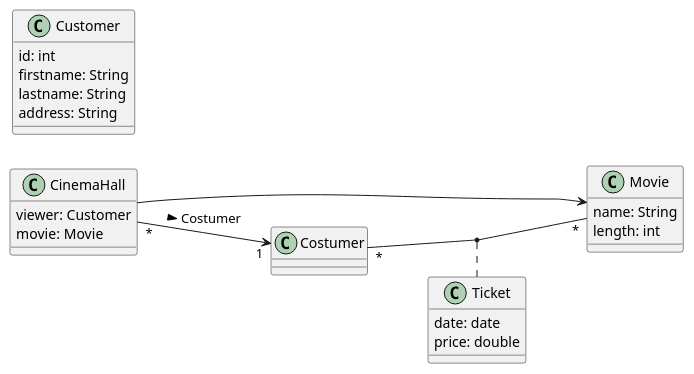
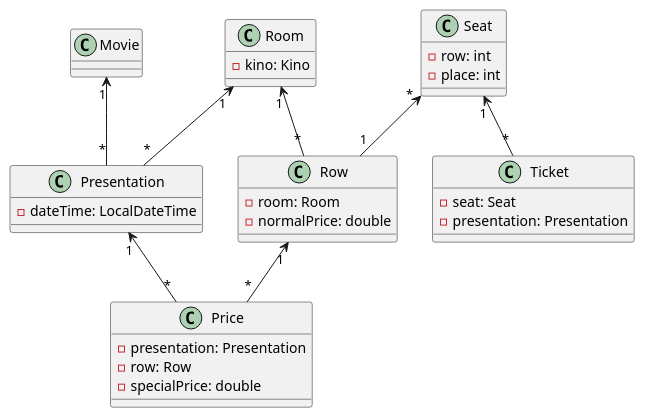
One commit to 2122-3bhitm-itp/02-project-cinema-reservation changed the diagram in asciidocs/plantuml/cld-cinema-reservation.puml. Above: the diagram before and after it, drawn with PlantUML.

Commit message:
cld-reservation-update

```diff
--- a/asciidocs/plantuml/cld-cinema-reservation.puml
+++ b/asciidocs/plantuml/cld-cinema-reservation.puml
@@ -1,31 +1,43 @@
 @startuml
-left to right direction
+class Room{
+-kino: Kino
+}
+class Movie{}
 
-class CinemaHall{
-viewer: Customer
-movie: Movie
+class Row{
+-room: Room
+-normalPrice: double
 }
 
-class Customer {
-id: int
-firstname: String
-lastname: String
-address: String
+class Seat{
+-row: int
+-place: int
+}
+
+class Presentation{
+-dateTime: LocalDateTime
+}
+
+class Price{
+-presentation: Presentation
+-row: Row
+-specialPrice: double
 }
 
 class Ticket{
-date: date
-price: double
+-seat: Seat
+-presentation: Presentation
 }
 
-class Movie{
-name: String
-length: int
-}
-CinemaHall --> Movie
-CinemaHall "*" --> "1" Costumer : Costumer >
+Room "1" <-- "*" Row
+Room "1" <-- "*" Presentation
 
-Costumer "*" -- "*" Movie
+Movie "1" <-- "*" Presentation
+Presentation "1" <-- "*" Price
+Row "1" <-- "*" Price
+Seat "1" <-- "*" Ticket
+Seat "*" <-- "1" Row
 
-(Costumer, Movie) .. Ticket
+
+
 @enduml
```
